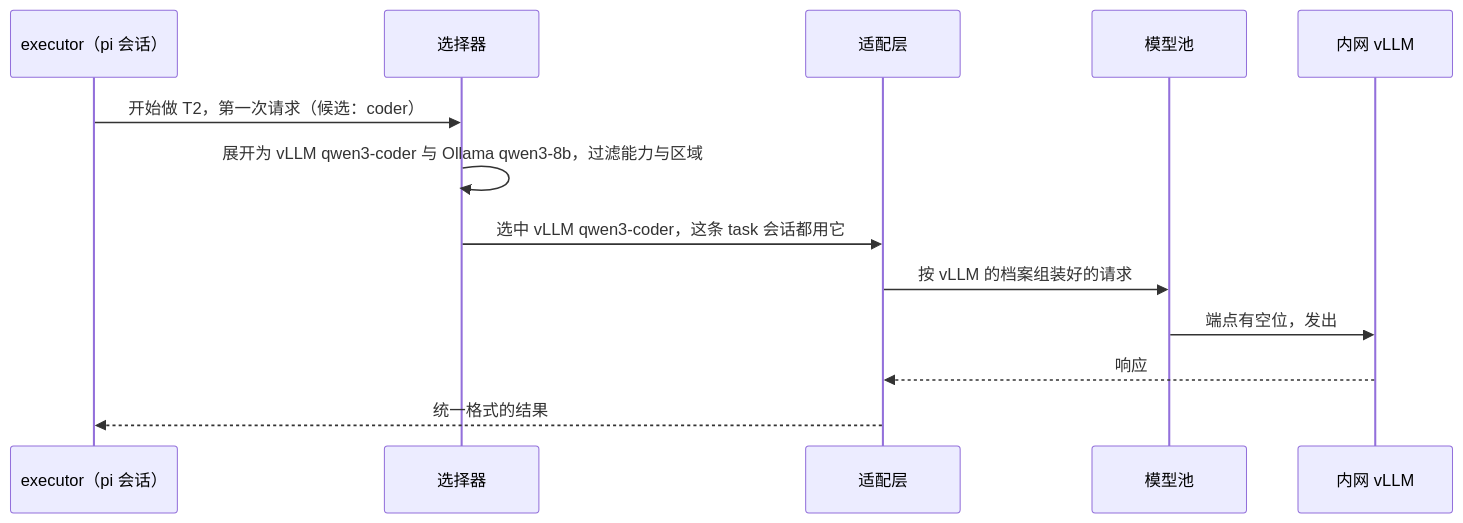
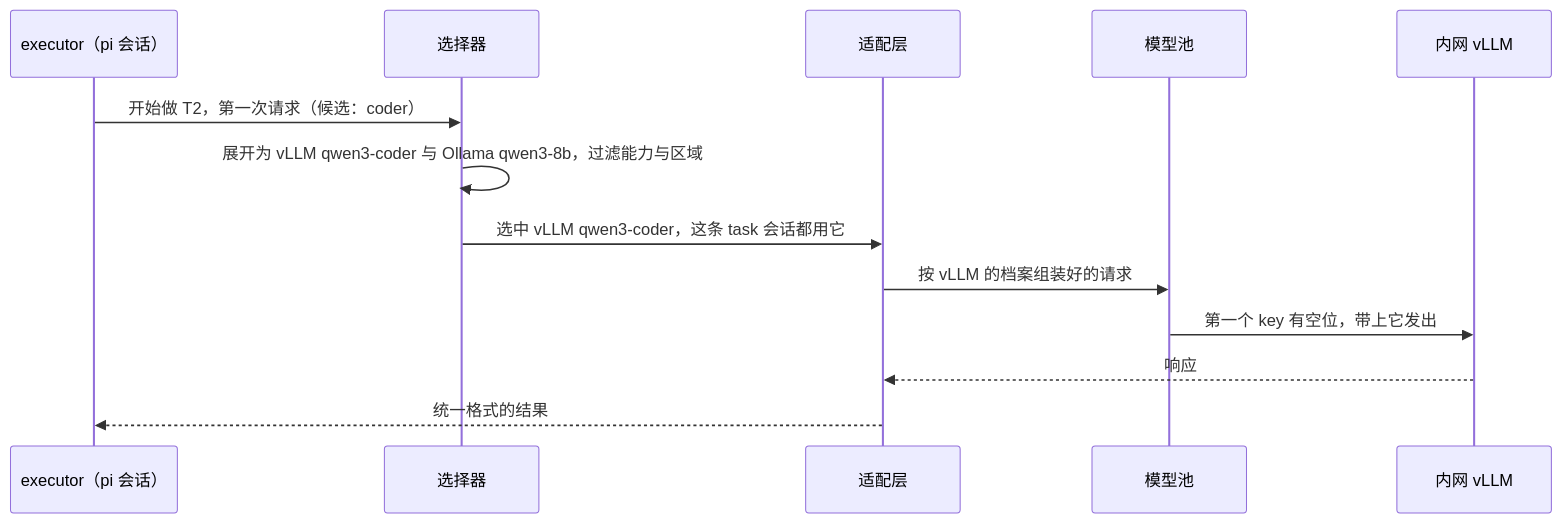
One commit to HoldThatThgt/mori changed the second of 5 diagrams in docs/proposals/model-providers.md. Above: the diagram before and after it, drawn with Mermaid. The commit also changed other lines of this file and 163 other files, not shown here.

````diff
--- a/docs/proposals/model-providers.md
+++ b/docs/proposals/model-providers.md
@@ -125,15 +140,15 @@
 ```mermaid
 sequenceDiagram
     participant A as executor（pi 会话）
     participant S as 选择器
     participant D as 适配层
     participant P as 模型池
     participant V as 内网 vLLM
     A->>S: 开始做 T2，第一次请求（候选：coder）
     S->>S: 展开为 vLLM qwen3-coder 与 Ollama qwen3-8b，过滤能力与区域
     S->>D: 选中 vLLM qwen3-coder，这条 task 会话都用它
     D->>P: 按 vLLM 的档案组装好的请求
-    P->>V: 端点有空位，发出
+    P->>V: 第一个 key 有空位，带上它发出
     V-->>D: 响应
     D-->>A: 统一格式的结果
 ```
````
